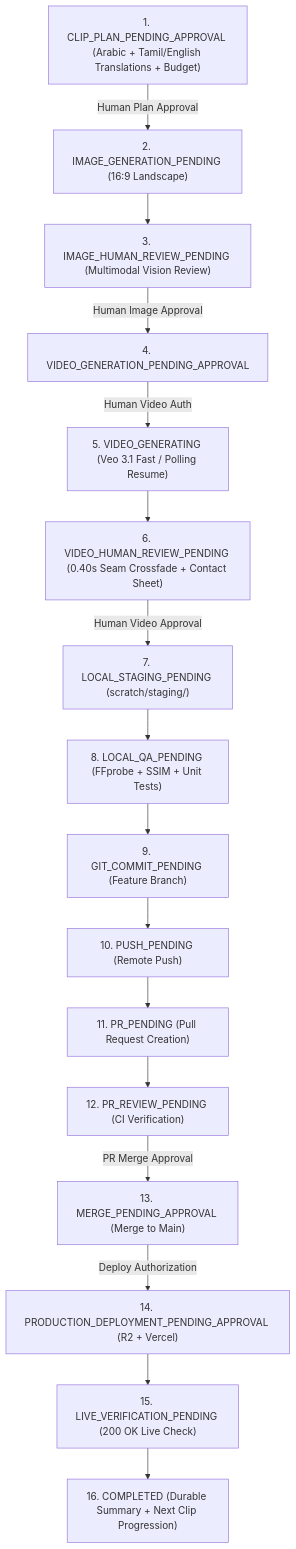
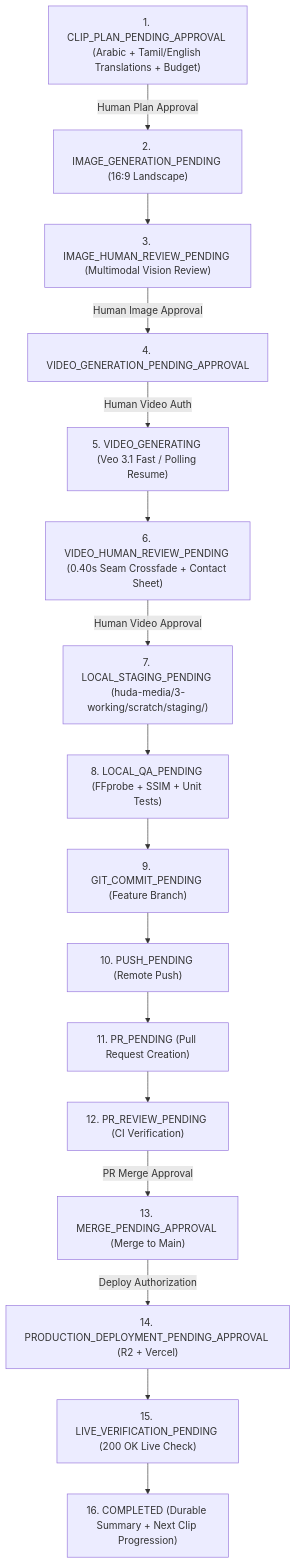
Before and after one commit to sarfpearl/huda-web-quran: the diagram in .agents/skills/surah-video-production/SKILL.md, drawn with Mermaid. The commit also changed other lines of this file and 2 other files, not shown here.

Commit message:
docs(media): point video docs at ../huda-media and mediaPath()

````diff
--- a/.agents/skills/surah-video-production/SKILL.md
+++ b/.agents/skills/surah-video-production/SKILL.md
@@ -24,18 +27,18 @@
 ```mermaid
 flowchart TD
     S1["1. CLIP_PLAN_PENDING_APPROVAL (Arabic + Tamil/English Translations + Budget)"] -->|Human Plan Approval| S2["2. IMAGE_GENERATION_PENDING (16:9 Landscape)"]
     S2 --> S3["3. IMAGE_HUMAN_REVIEW_PENDING (Multimodal Vision Review)"]
     S3 -->|Human Image Approval| S4["4. VIDEO_GENERATION_PENDING_APPROVAL"]
     S4 -->|Human Video Auth| S5["5. VIDEO_GENERATING (Veo 3.1 Fast / Polling Resume)"]
     S5 --> S6["6. VIDEO_HUMAN_REVIEW_PENDING (0.40s Seam Crossfade + Contact Sheet)"]
-    S6 -->|Human Video Approval| S7["7. LOCAL_STAGING_PENDING (scratch/staging/)"]
+    S6 -->|Human Video Approval| S7["7. LOCAL_STAGING_PENDING (huda-media/3-working/scratch/staging/)"]
     S7 --> S8["8. LOCAL_QA_PENDING (FFprobe + SSIM + Unit Tests)"]
     S8 --> S9["9. GIT_COMMIT_PENDING (Feature Branch)"]
     S9 --> S10["10. PUSH_PENDING (Remote Push)"]
     S10 --> S11["11. PR_PENDING (Pull Request Creation)"]
     S11 --> S12["12. PR_REVIEW_PENDING (CI Verification)"]
     S12 -->|PR Merge Approval| S13["13. MERGE_PENDING_APPROVAL (Merge to Main)"]
     S13 -->|Deploy Authorization| S14["14. PRODUCTION_DEPLOYMENT_PENDING_APPROVAL (R2 + Vercel)"]
     S14 --> S15["15. LIVE_VERIFICATION_PENDING (200 OK Live Check)"]
     S15 --> S16["16. COMPLETED (Durable Summary + Next Clip Progression)"]
 ```
````
